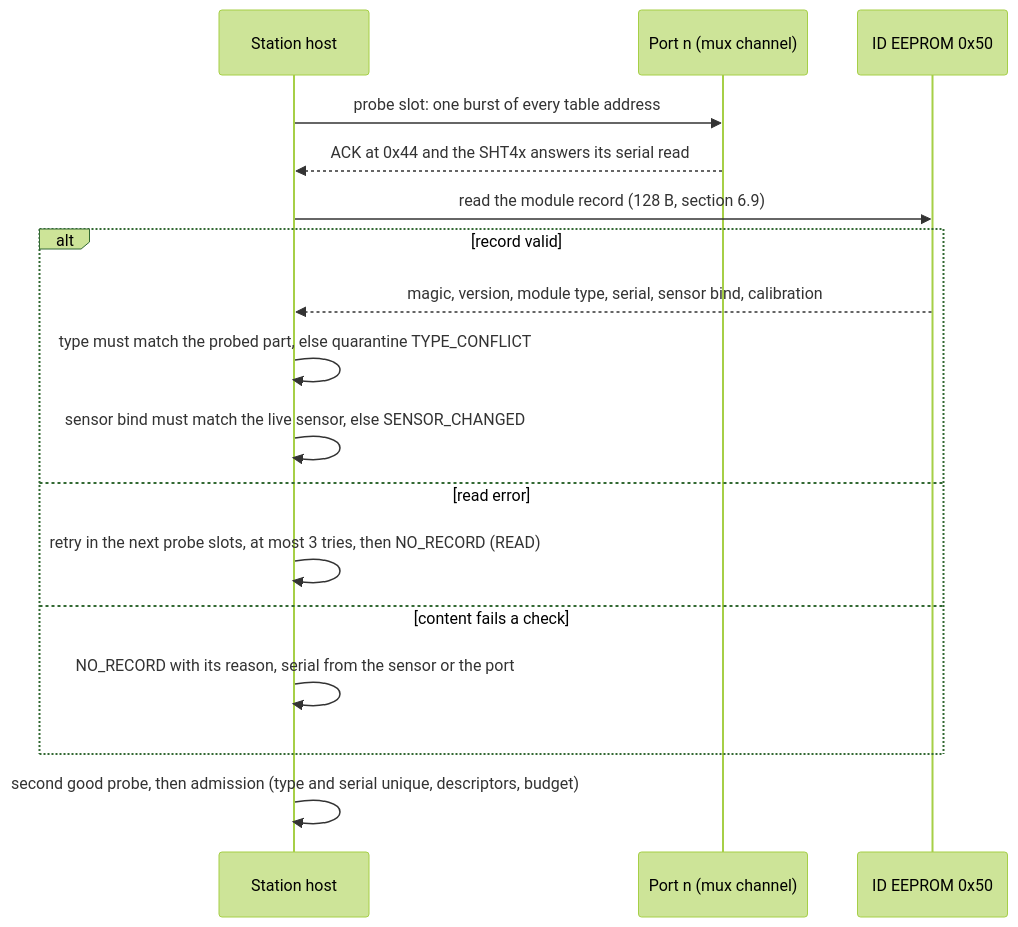
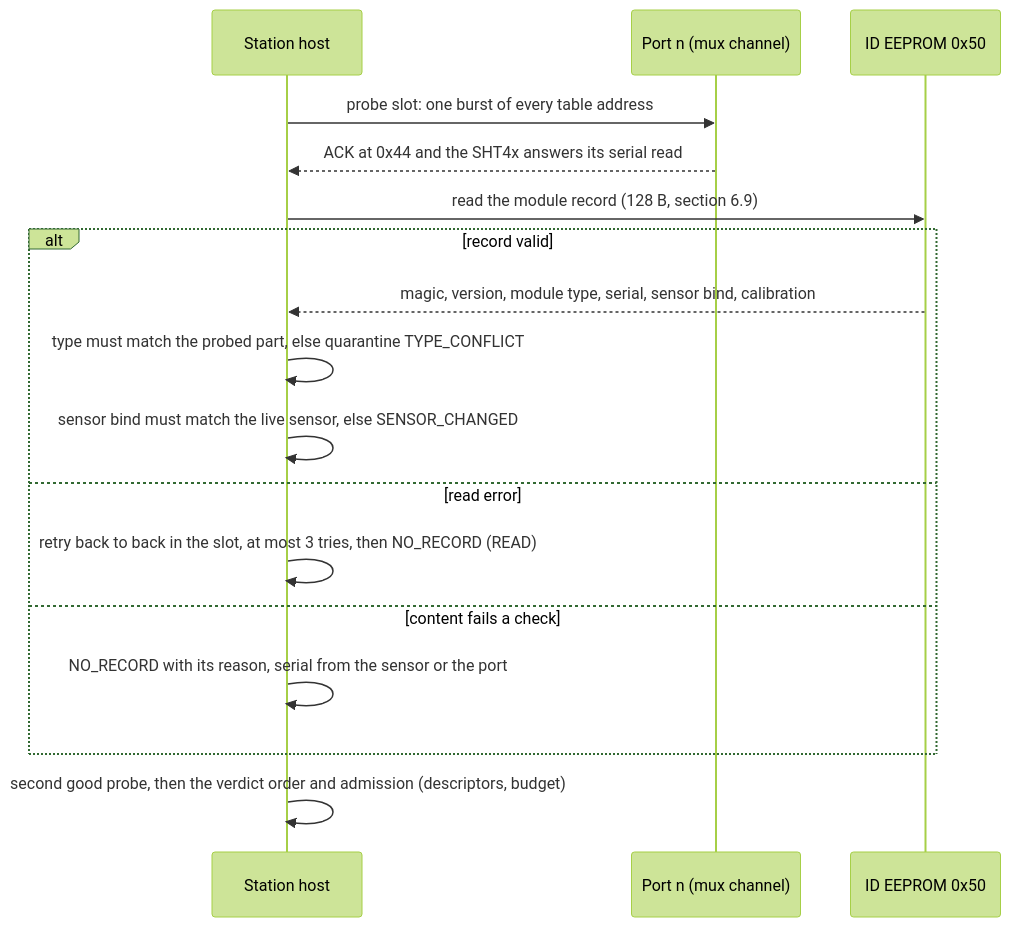
The ninth of 11 diagrams in docs/superpowers/specs/2026-10-21-sensor-module-ports-design.md (clintecker/weather-station-2026), drawn with Mermaid (forest theme) before and after one commit. The commit also changed other lines of this file, not shown here.

````diff
--- a/docs/superpowers/specs/2026-10-21-sensor-module-ports-design.md
+++ b/docs/superpowers/specs/2026-10-21-sensor-module-ports-design.md
@@ -535,19 +535,19 @@
 ```mermaid
 sequenceDiagram
     participant H as Station host
     participant P as Port n (mux channel)
     participant E as ID EEPROM 0x50
     H->>P: probe slot: one burst of every table address
     P-->>H: ACK at 0x44 and the SHT4x answers its serial read
     H->>E: read the module record (128 B, section 6.9)
     alt record valid
         E-->>H: magic, version, module type, serial, sensor bind, calibration
         H->>H: type must match the probed part, else quarantine TYPE_CONFLICT
         H->>H: sensor bind must match the live sensor, else SENSOR_CHANGED
     else read error
-        H->>H: retry in the next probe slots, at most 3 tries, then NO_RECORD (READ)
+        H->>H: retry back to back in the slot, at most 3 tries, then NO_RECORD (READ)
     else content fails a check
         H->>H: NO_RECORD with its reason, serial from the sensor or the port
     end
-    H->>H: second good probe, then admission (type and serial unique, descriptors, budget)
+    H->>H: second good probe, then the verdict order and admission (descriptors, budget)
 ```
````
